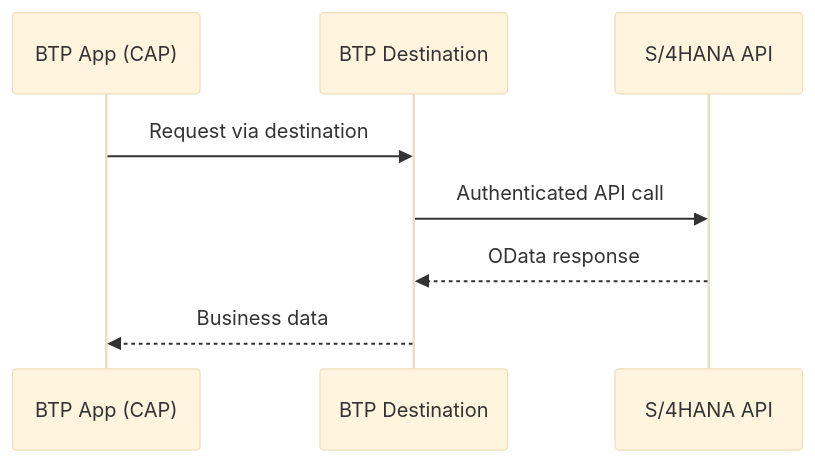
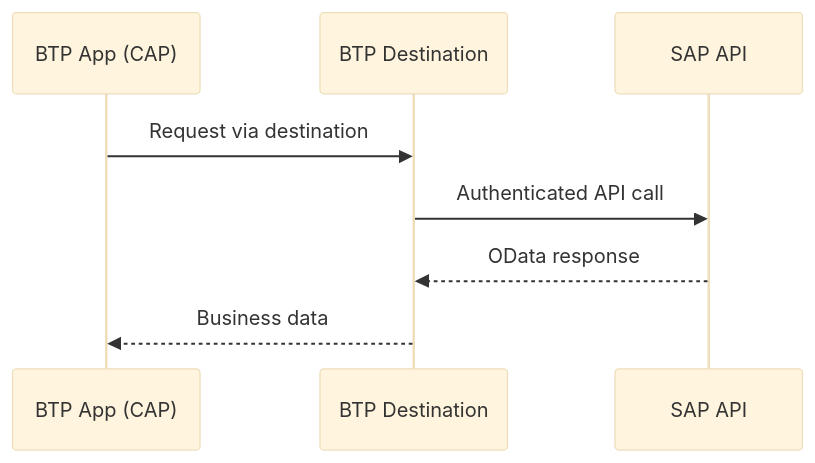
The first of 2 diagrams in docs/integration-patterns.md (ib823/sapconnect), drawn with Mermaid (base theme) before and after one commit. The commit also changed other lines of this file and 18 other files, not shown here.

````diff
--- a/docs/integration-patterns.md
+++ b/docs/integration-patterns.md
@@ -11,11 +11,11 @@
 ```mermaid
 sequenceDiagram
     participant App as BTP App (CAP)
     participant Dest as BTP Destination
-    participant SAP as S/4HANA API
+    participant SAP as SAP API
 
     App->>Dest: Request via destination
     Dest->>SAP: Authenticated API call
     SAP-->>Dest: OData response
     Dest-->>App: Business data
 ```
````
